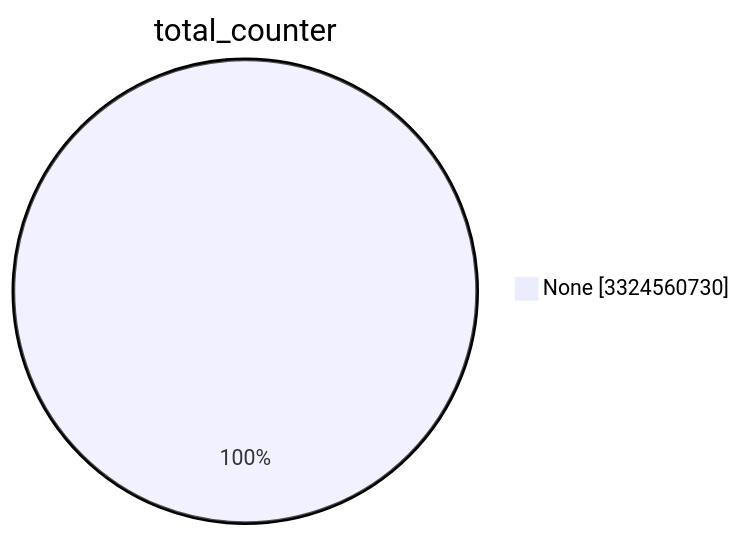
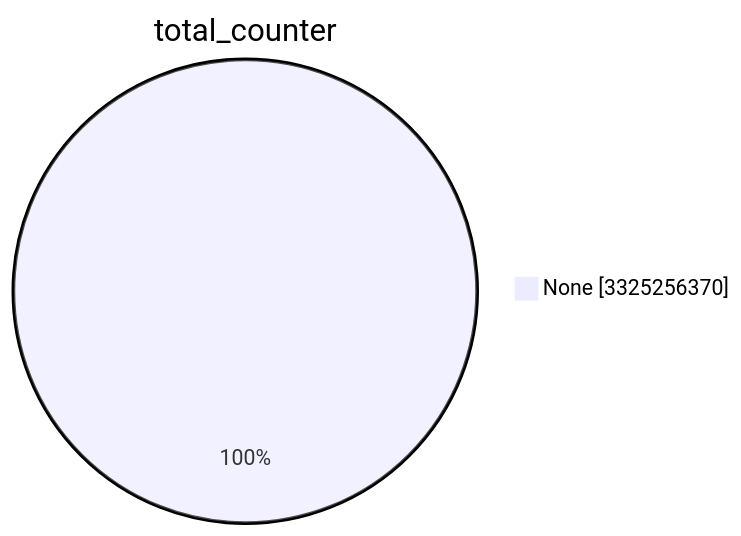
One commit to christiankrug/ctmonitor_visualization changed the first of 15 diagrams in TOTAL/README.md. Above: the diagram before and after it, drawn with Mermaid. The commit also changed other lines of this file, not shown here.

````diff
--- a/TOTAL/README.md
+++ b/TOTAL/README.md
@@ -1,5 +1,5 @@
 ```mermaid
 pie showData
 title total_counter
-"None" :3324560730
+"None" :3325256370
 ```
````
